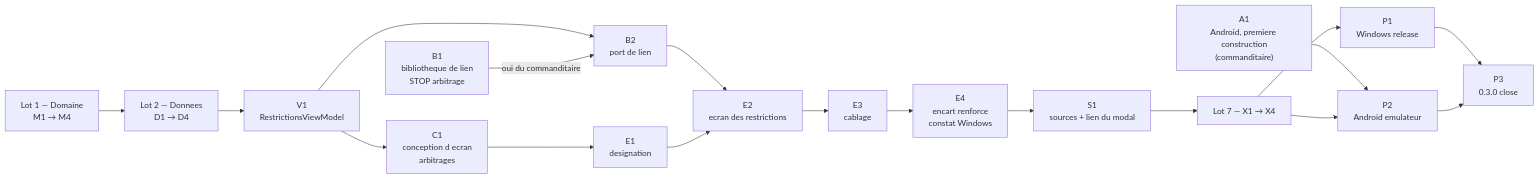
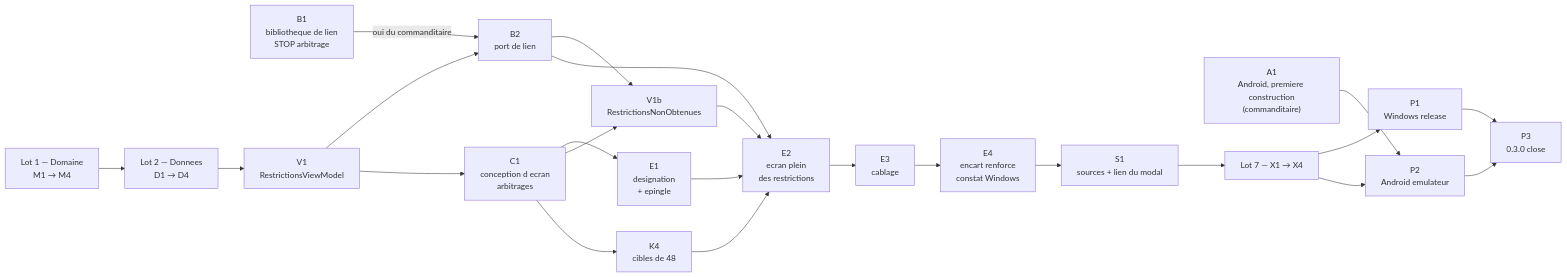
Before and after one commit to HubEauContrib/MartinPecheur: the diagram in docs/superpowers/plans/2026-09-27-t2-secheresse-et-restrictions.md, drawn with Mermaid. The commit also changed other lines of this file and 2 other files, not shown here.

First line of the commit message:
docs(restrictions): conception de l ecran des restrictions, de la designation et de l ecran des sources (C1 de T2)

````diff
--- a/docs/superpowers/plans/2026-09-27-t2-secheresse-et-restrictions.md
+++ b/docs/superpowers/plans/2026-09-27-t2-secheresse-et-restrictions.md
@@ -781,22 +865,27 @@
 ```mermaid
 graph LR
     A1["A1<br/>Android, premiere construction<br/>(commanditaire)"]
     B1["B1<br/>bibliotheque de lien<br/>STOP arbitrage"]
     M["Lot 1 — Domaine<br/>M1 → M4"] --> D["Lot 2 — Donnees<br/>D1 → D4"]
     D --> V1["V1<br/>RestrictionsViewModel"]
     V1 --> B2["B2<br/>port de lien"]
     B1 -->|"oui du commanditaire"| B2
     V1 --> C1["C1<br/>conception d ecran<br/>arbitrages"]
-    C1 --> E1["E1<br/>designation"]
+    C1 --> E1["E1<br/>designation<br/>+ epingle"]
+    C1 --> V1b["V1b<br/>RestrictionsNonObtenues"]
+    C1 --> K4["K4<br/>cibles de 48"]
+    B2 --> V1b
+    V1b --> E2
+    K4 --> E2
     B2 --> E2
-    E1 --> E2["E2<br/>ecran des restrictions"]
+    E1 --> E2["E2<br/>ecran plein<br/>des restrictions"]
     E2 --> E3["E3<br/>cablage"]
     E3 --> E4["E4<br/>encart renforce<br/>constat Windows"]
     E4 --> S1["S1<br/>sources + lien du modal"]
     S1 --> X["Lot 7 — X1 → X4"]
     X --> P1["P1<br/>Windows release"]
     A1 --> P2
     X --> P2["P2<br/>Android emulateur"]
     P1 --> P3["P3<br/>0.3.0 close"]
     P2 --> P3
 ```
````
